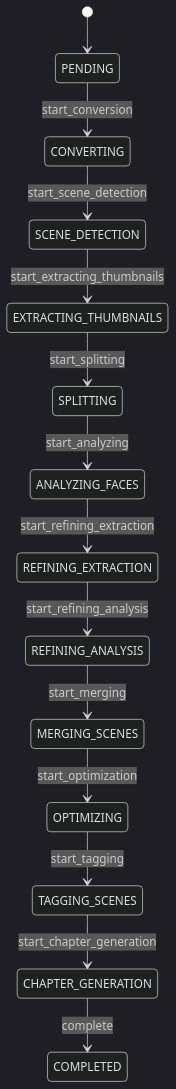
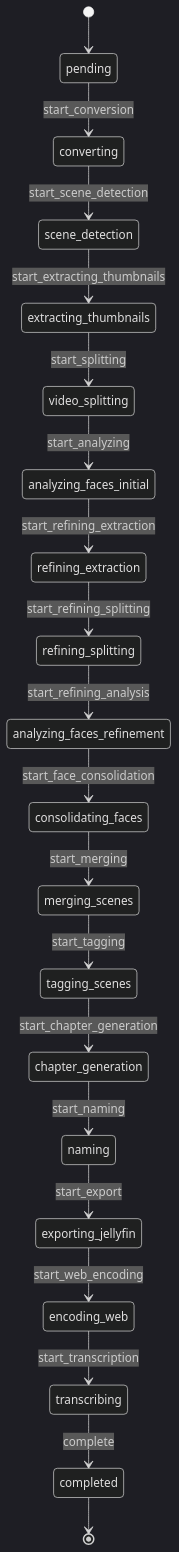
One commit to rextuus/momentary changed the diagram in documentation/processing_pipeline.md. Above: the diagram before and after it, drawn with Mermaid (dark theme). The commit also changed other lines of this file and 6 other files, not shown here.

First line of the commit message:
Gesichter über eigene Queue face_recognition, Refinement bei dichter Erstanalyse

````diff
--- a/documentation/processing_pipeline.md
+++ b/documentation/processing_pipeline.md
@@ -70,16 +90,22 @@
 ```mermaid
 stateDiagram-v2
-    [*] --> PENDING
-    PENDING --> CONVERTING : start_conversion
-    CONVERTING --> SCENE_DETECTION : start_scene_detection
-    SCENE_DETECTION --> EXTRACTING_THUMBNAILS : start_extracting_thumbnails
-    EXTRACTING_THUMBNAILS --> SPLITTING : start_splitting
-    SPLITTING --> ANALYZING_FACES : start_analyzing
-    ANALYZING_FACES --> REFINING_EXTRACTION : start_refining_extraction
-    REFINING_EXTRACTION --> REFINING_ANALYSIS : start_refining_analysis
-    REFINING_ANALYSIS --> MERGING_SCENES : start_merging
-    MERGING_SCENES --> OPTIMIZING : start_optimization
-    OPTIMIZING --> TAGGING_SCENES : start_tagging
-    TAGGING_SCENES --> CHAPTER_GENERATION : start_chapter_generation
-    CHAPTER_GENERATION --> COMPLETED : complete
+    [*] --> pending
+    pending --> converting : start_conversion
+    converting --> scene_detection : start_scene_detection
+    scene_detection --> extracting_thumbnails : start_extracting_thumbnails
+    extracting_thumbnails --> video_splitting : start_splitting
+    video_splitting --> analyzing_faces_initial : start_analyzing
+    analyzing_faces_initial --> refining_extraction : start_refining_extraction
+    refining_extraction --> refining_splitting : start_refining_splitting
+    refining_splitting --> analyzing_faces_refinement : start_refining_analysis
+    analyzing_faces_refinement --> consolidating_faces : start_face_consolidation
+    consolidating_faces --> merging_scenes : start_merging
+    merging_scenes --> tagging_scenes : start_tagging
+    tagging_scenes --> chapter_generation : start_chapter_generation
+    chapter_generation --> naming : start_naming
+    naming --> exporting_jellyfin : start_export
+    exporting_jellyfin --> encoding_web : start_web_encoding
+    encoding_web --> transcribing : start_transcription
+    transcribing --> completed : complete
+    completed --> [*]
 ```
````
